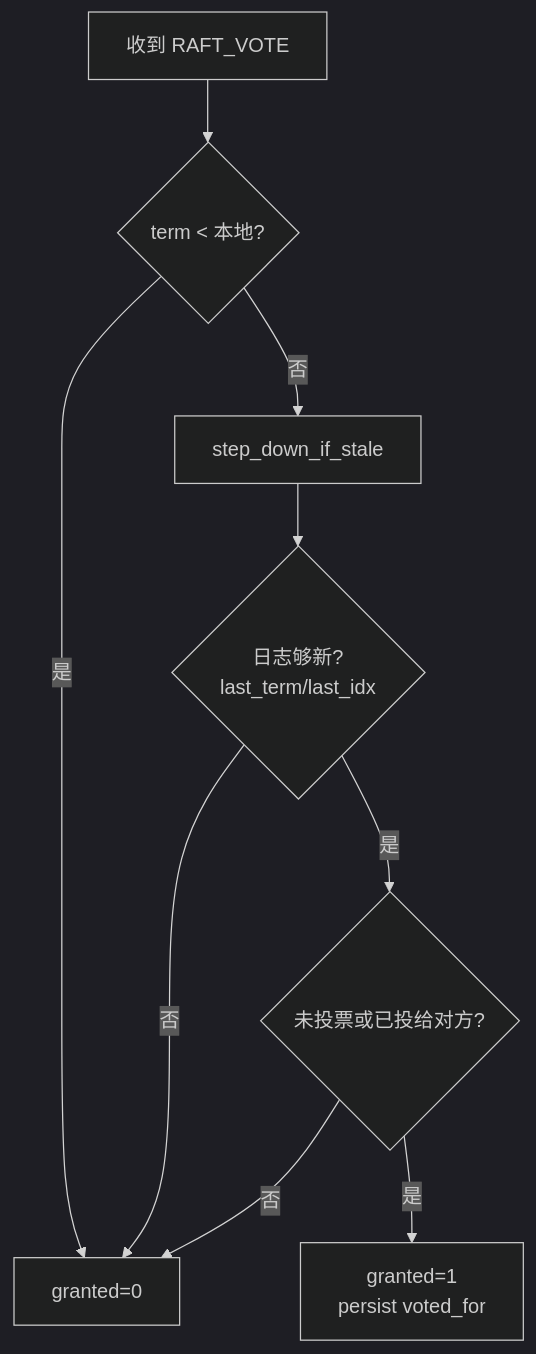
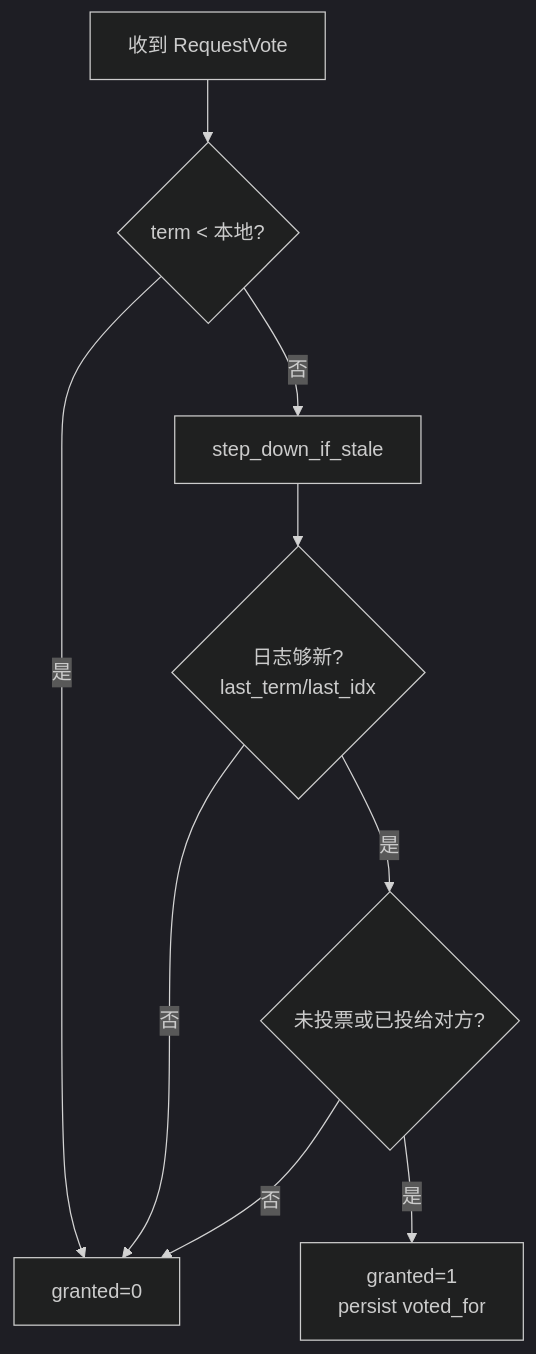
Before and after one commit to devotionalist/openkv: the sixth of 7 diagrams in docs/flows/06-raft-election-commit.md, drawn with Mermaid (dark theme). The commit also changed other lines of this file and 37 other files, not shown here.

````diff
--- a/docs/flows/06-raft-election-commit.md
+++ b/docs/flows/06-raft-election-commit.md
@@ -48,11 +173,11 @@
 ```mermaid
 flowchart TD
-  A[收到 RAFT_VOTE] --> B{term &lt; 本地?}
+  A[收到 RequestVote] --> B{term &lt; 本地?}
   B -->|是| N[granted=0]
   B -->|否| C[step_down_if_stale]
   C --> D{日志够新?<br/>last_term/last_idx}
   D -->|否| N
   D -->|是| E{未投票或已投给对方?}
   E -->|否| N
   E -->|是| Y[granted=1<br/>persist voted_for]
 ```
````
